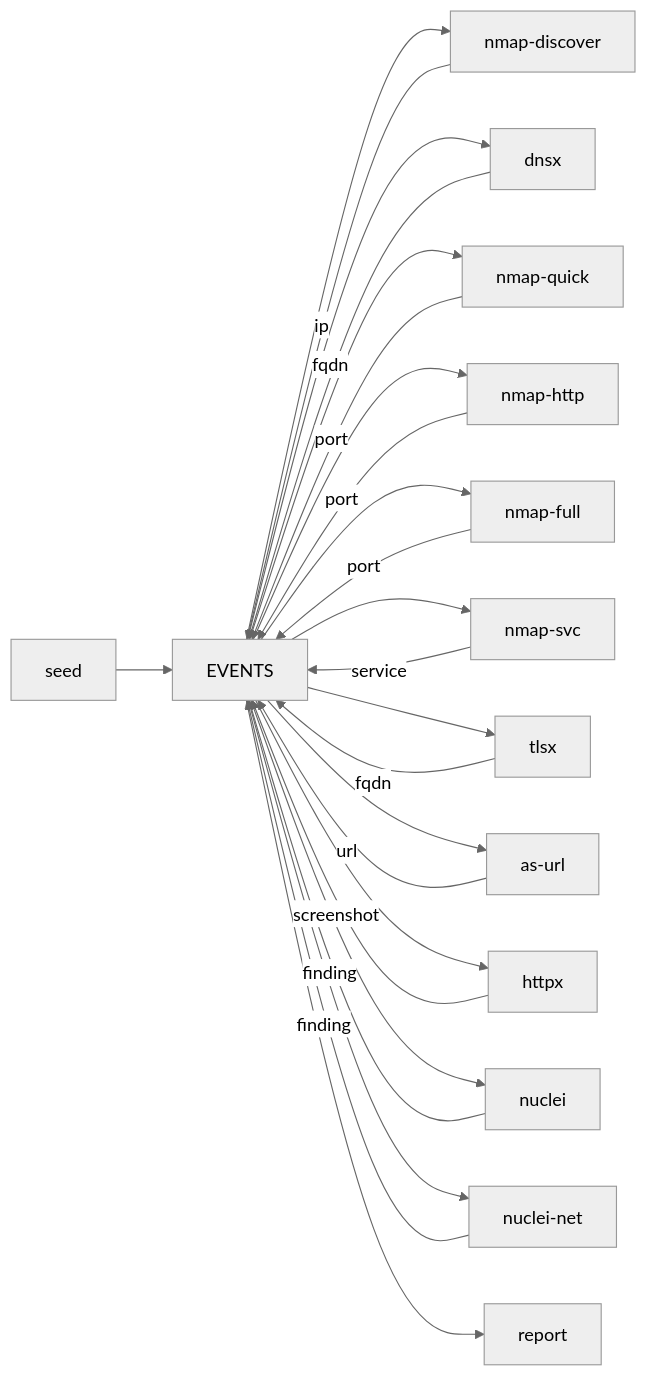
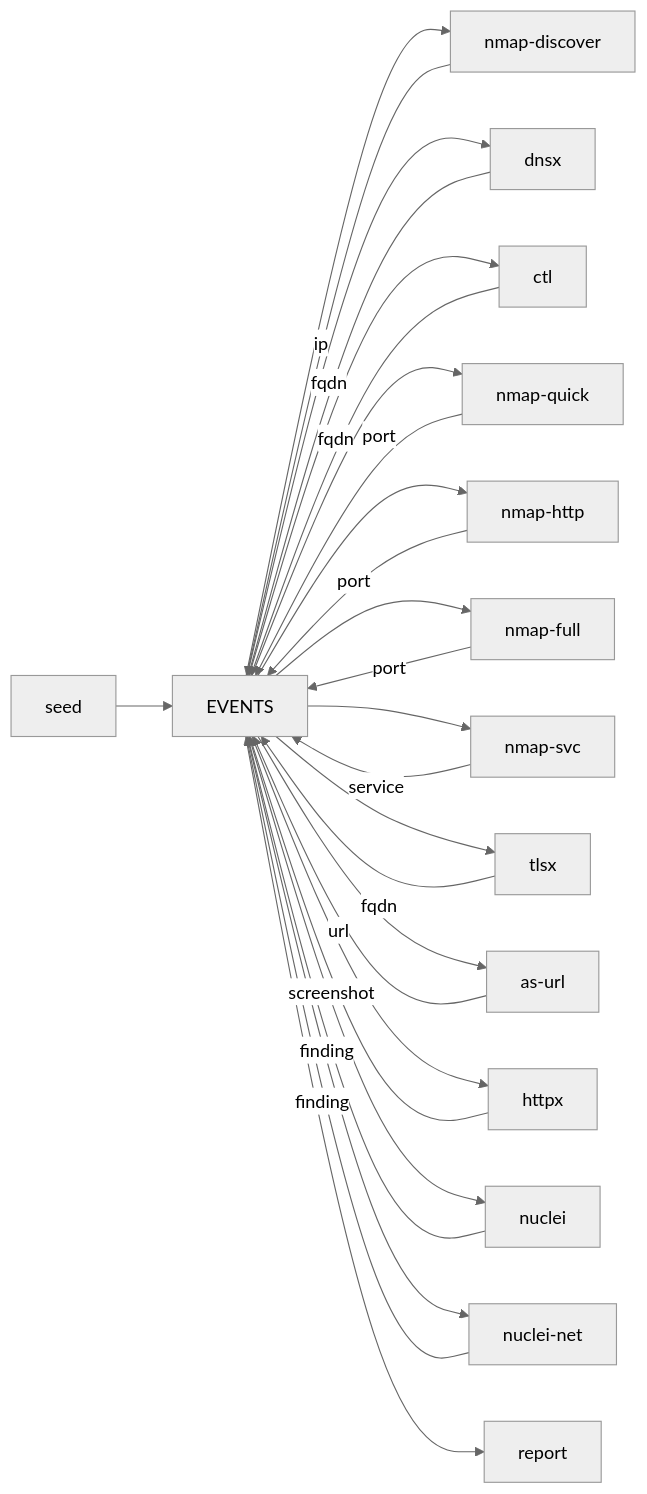
One commit to tomsteele/adama changed the diagram in README.md. Above: the diagram before and after it, drawn with Mermaid (neutral theme). The commit also changed other lines of this file and 5 other files, not shown here.

````diff
--- a/README.md
+++ b/README.md
@@ -7,27 +7,29 @@
 ```mermaid
 flowchart LR
   seed[seed] --> events[EVENTS]
   events --> nmapDiscover[nmap-discover]
   nmapDiscover -->|ip| events
   events --> dnsx
+  events --> ctl
   dnsx -->|fqdn| events
+  ctl -->|fqdn| events
   events --> nmapQuick[nmap-quick]
   events --> nmapHttp[nmap-http]
   events --> nmapFull[nmap-full]
   nmapQuick -->|port| events
   nmapHttp -->|port| events
   nmapFull -->|port| events
   events --> nmapSvc[nmap-svc]
   events --> tlsx
   nmapSvc -->|service| events
   tlsx -->|fqdn| events
   events --> asUrl[as-url]
   asUrl -->|url| events
   events --> httpx
   events --> nuclei
   events --> nucleiNet[nuclei-net]
   httpx -->|screenshot| events
   nuclei -->|finding| events
   nucleiNet -->|finding| events
   events --> report
 ```
````
